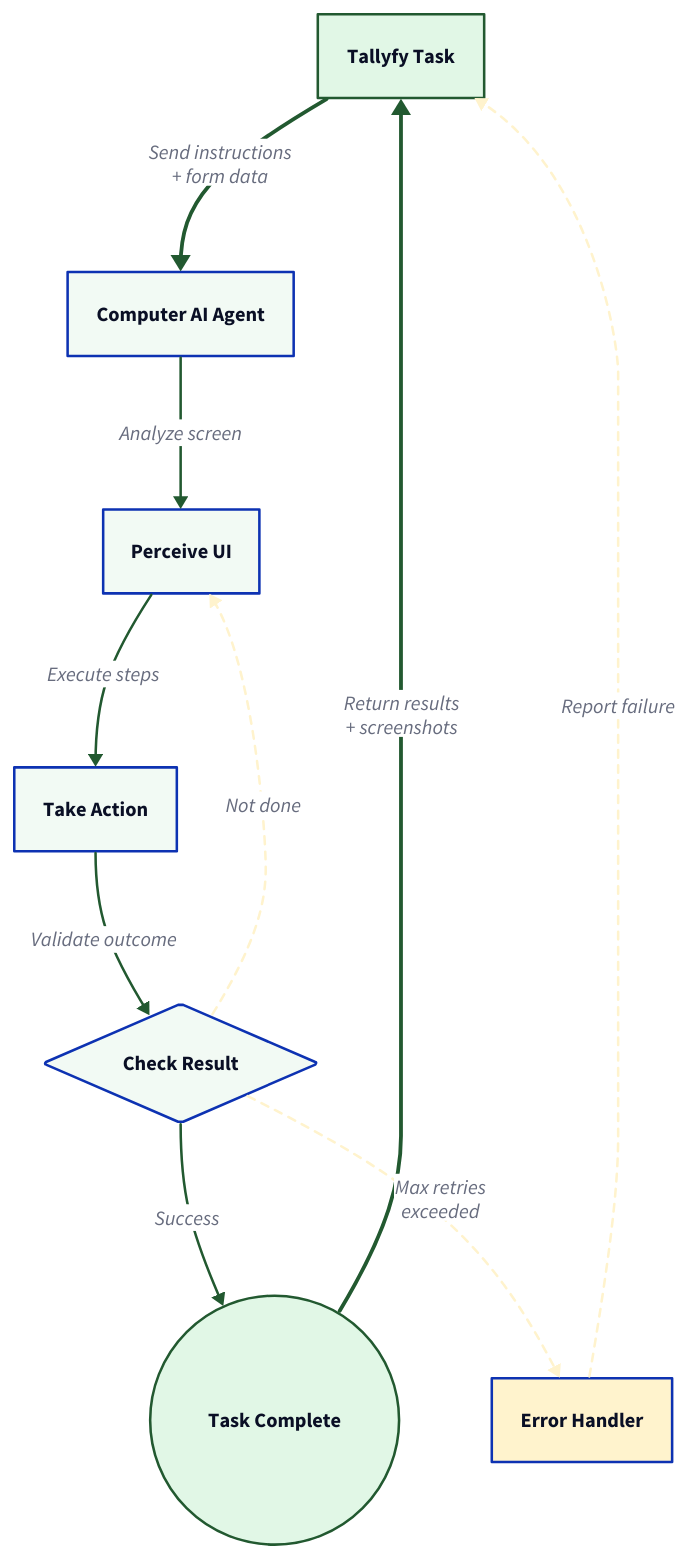
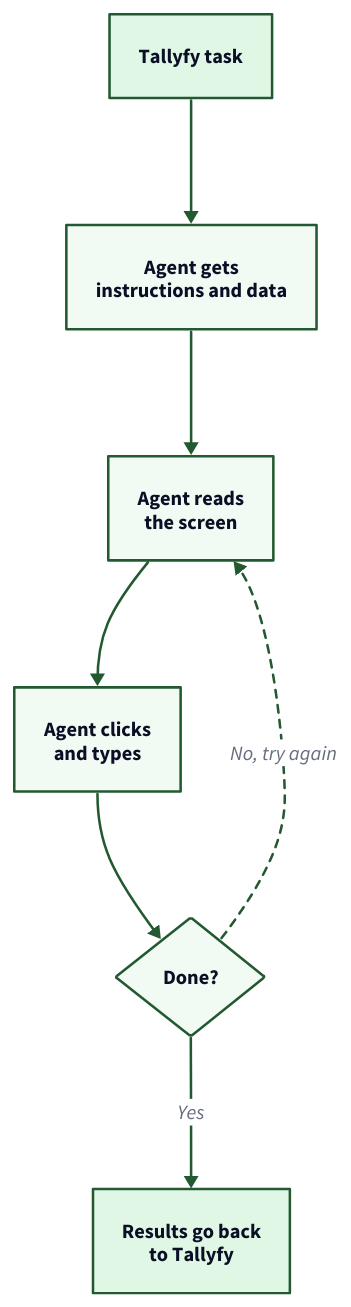
Before and after one commit to tallyfy/documentation: the diagram in src/content/docs/pro/integrations/computer-ai-agents/index.mdx, drawn with D2. The commit also changed 13 other files, not shown here.

First line of the commit message:
Redraw 16 diagrams on 14 pages so they read at full size

````diff
--- a/src/content/docs/pro/integrations/computer-ai-agents/index.mdx
+++ b/src/content/docs/pro/integrations/computer-ai-agents/index.mdx
@@ -65,98 +65,56 @@
 # Computer AI Agent Workflow
 direction: down
 
-# Orchestration Layer
-Tallyfy: Tallyfy Task {
-  shape: rectangle
+Tallyfy: "Tallyfy task" {
   style.fill: "#e1f7e6"
   style.stroke: "#225930"
   style.stroke-width: 2
 }
 
-# AI Agent
-Agent: Computer AI Agent {
-  shape: rectangle
+Agent: "Agent gets\ninstructions and data" {
   style.fill: "#f2faf4"
+  style.stroke: "#225930"
 }
 
-# Agent Actions
-Perceive: Perceive UI {
-  shape: rectangle
+Perceive: "Agent reads\nthe screen" {
   style.fill: "#f2faf4"
+  style.stroke: "#225930"
 }
 
-Act: Take Action {
-  shape: rectangle
+Act: "Agent clicks\nand types" {
   style.fill: "#f2faf4"
+  style.stroke: "#225930"
 }
 
-# Decision Point
-Verify: Check Result {
+Verify: "Done?" {
   shape: diamond
   style.fill: "#f2faf4"
+  style.stroke: "#225930"
 }
 
-# Completion
-Complete: Task Complete {
-  shape: circle
+Complete: "Results go back\nto Tallyfy" {
   style.fill: "#e1f7e6"
   style.stroke: "#225930"
   style.stroke-width: 2
 }
 
-# Main Flow
-Tallyfy -> Agent: Send instructions\n+ form data {
+Tallyfy -> Agent: {
   style.stroke: "#225930"
-  style.stroke-width: 3
 }
-
-Agent -> Perceive: Analyze screen {
+Agent -> Perceive: {
   style.stroke: "#225930"
-  style.stroke-width: 2
 }
-
-Perceive -> Act: Execute steps {
+Perceive -> Act: {
   style.stroke: "#225930"
-  style.stroke-width: 2
 }
-
-Act -> Verify: Validate outcome {
+Act -> Verify: {
   style.stroke: "#225930"
-  style.stroke-width: 2
 }
-
-# Retry Loop
-Verify -> Perceive: Retry if needed {
-  style.stroke: "#fff3cd"
-  style.stroke-dash: 3
-  label: "Not done"
-}
-
-# Success Path
-Verify -> Complete: Task succeeded {
+Verify -> Perceive: "No, try again" {
   style.stroke: "#225930"
-  style.stroke-width: 2
-  label: "Success"
-}
-
-Complete -> Tallyfy: Return results\n+ screenshots {
-  style.stroke: "#225930"
-  style.stroke-width: 3
-}
-
-# Error Handling
-Error: Error Handler {
-  shape: rectangle
-  style.fill: "#fff3cd"
-}
-
-Verify -> Error: Max retries\nexceeded {
-  style.stroke: "#fff3cd"
   style.stroke-dash: 3
 }
-
-Error -> Tallyfy: Report failure {
-  style.stroke: "#fff3cd"
-  style.stroke-dash: 3
+Verify -> Complete: "Yes" {
+  style.stroke: "#225930"
 }
 ```
````
